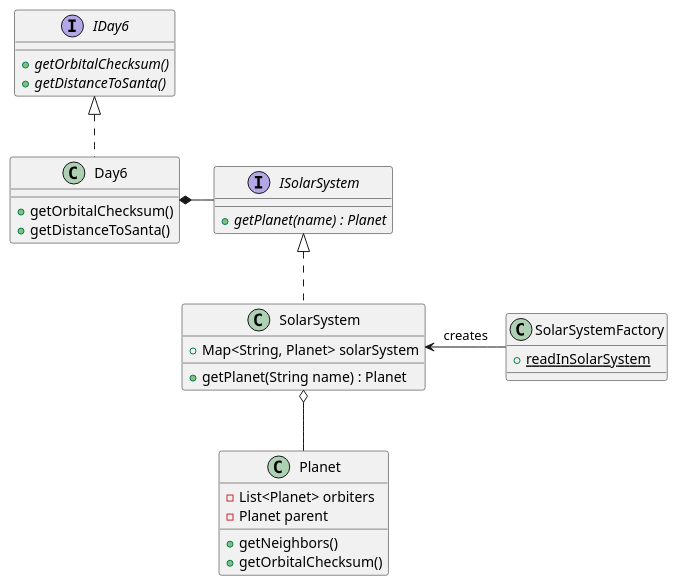
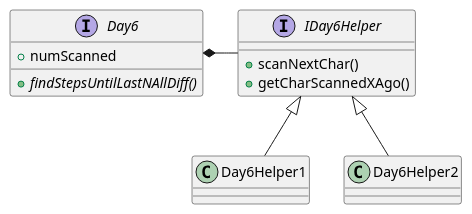
One commit to jdbr827/AdventOfCode_2019_Java changed the diagram in src/year_2022/day_06/day6_uml.puml. Above: the diagram before and after it, drawn with PlantUML. The commit also changed 3 other files, not shown here.

```diff
--- a/src/year_2022/day_06/day6_uml.puml
+++ b/src/year_2022/day_06/day6_uml.puml
@@ -1,44 +1,19 @@
 @startuml
 'https://plantuml.com/class-diagram
 
-interface IDay6 {
-+{abstract} getOrbitalChecksum()
-+{abstract} getDistanceToSanta()
+interface Day6 {
++numScanned
++{abstract} findStepsUntilLastNAllDiff()
 }
 
-class Day6 {
-+getOrbitalChecksum()
-+getDistanceToSanta()
+interface IDay6Helper {
++scanNextChar()
++getCharScannedXAgo()
 }
 
+Day6 *- IDay6Helper
 
-class SolarSystem {
-+Map<String, Planet> solarSystem
-+getPlanet(String name) : Planet
-}
-
-class SolarSystemFactory {
-+{static} readInSolarSystem
-}
-
-interface ISolarSystem {
-+{abstract} getPlanet(name) : Planet
-}
-
-
-class Planet {
--List<Planet> orbiters
--Planet parent
-+getNeighbors()
-+getOrbitalChecksum()
-}
-
-
-SolarSystem <- SolarSystemFactory: creates
-Day6 *- ISolarSystem
-IDay6 <|.. Day6
-ISolarSystem <|.. SolarSystem
-
-SolarSystem o-- Planet
+IDay6Helper <|-- Day6Helper1
+IDay6Helper <|-- Day6Helper2
 
 @enduml
```
